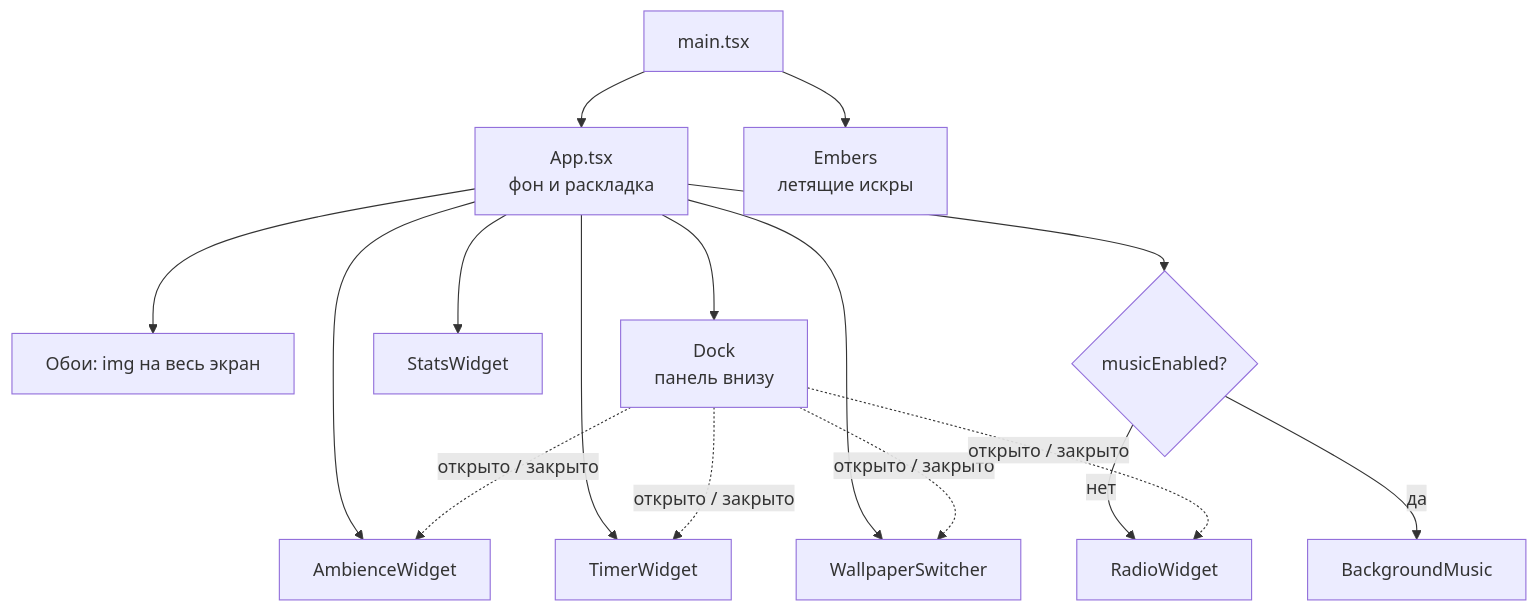
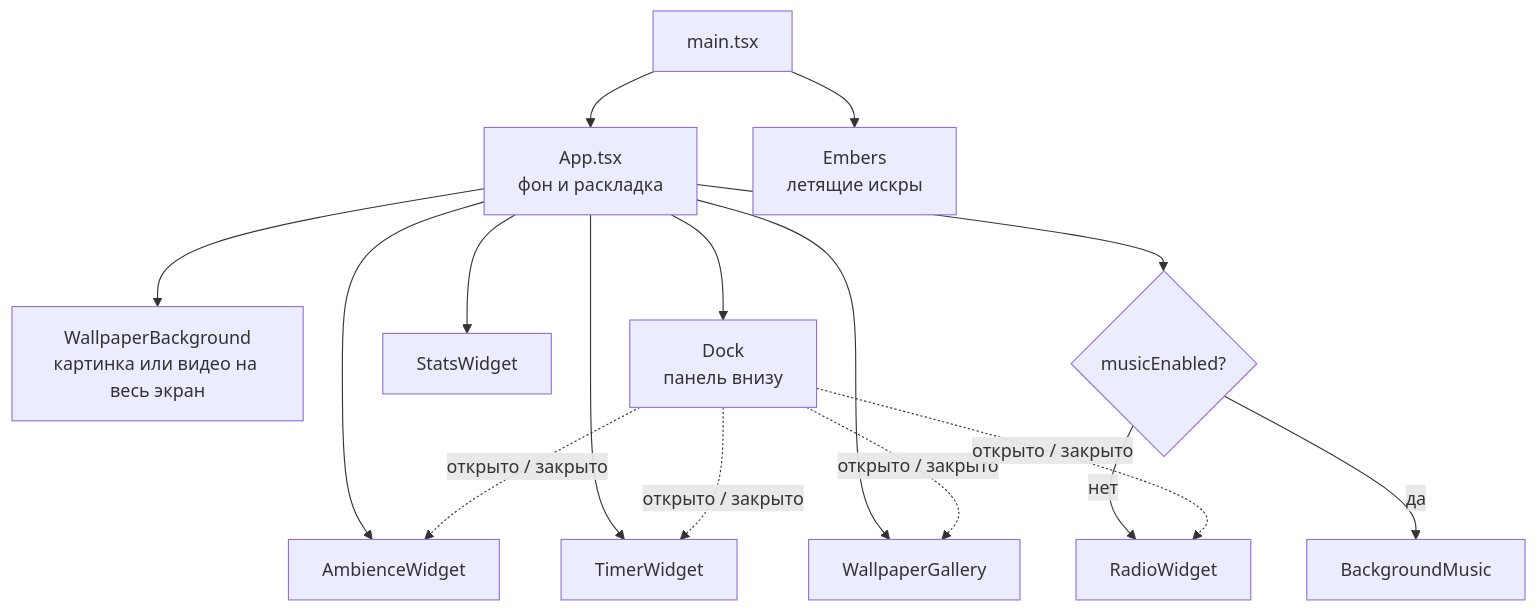
Before and after one commit to kagulion/tempo: the diagram in docs/widgets.md, drawn with Mermaid. The commit also changed other lines of this file and 29 other files, not shown here.

Commit message:
feat: wallpaper gallery with categories and video wallpapers

````diff
--- a/docs/widgets.md
+++ b/docs/widgets.md
@@ -7,15 +7,15 @@
 ```mermaid
 flowchart TD
     main[main.tsx] --> App[App.tsx<br/>фон и раскладка]
     main --> Embers[Embers<br/>летящие искры]
-    App --> Img[Обои: img на весь экран]
+    App --> Img[WallpaperBackground<br/>картинка или видео на весь экран]
     App --> Dock[Dock<br/>панель внизу]
     App --> AW[AmbienceWidget]
     App --> TW[TimerWidget]
     App --> SW[StatsWidget]
-    App --> WS[WallpaperSwitcher]
+    App --> WS[WallpaperGallery]
     App --> R{musicEnabled?}
     R -- нет --> RW[RadioWidget]
     R -- да --> BM[BackgroundMusic]
     Dock -. открыто / закрыто .-> AW & TW & WS & RW
 ```
````
